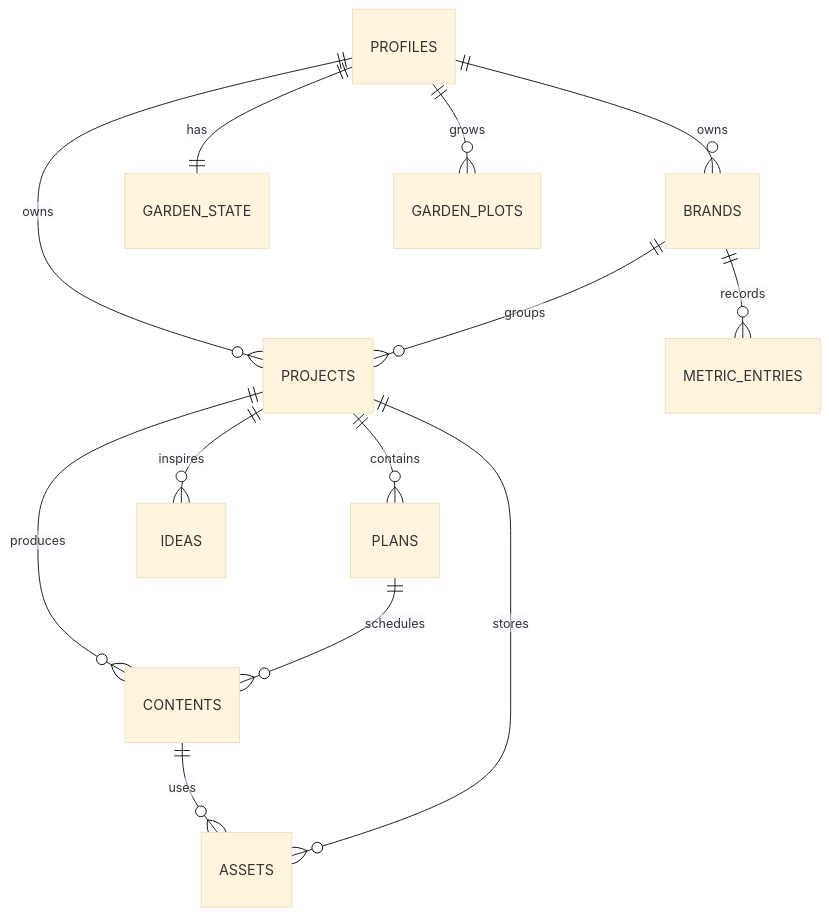
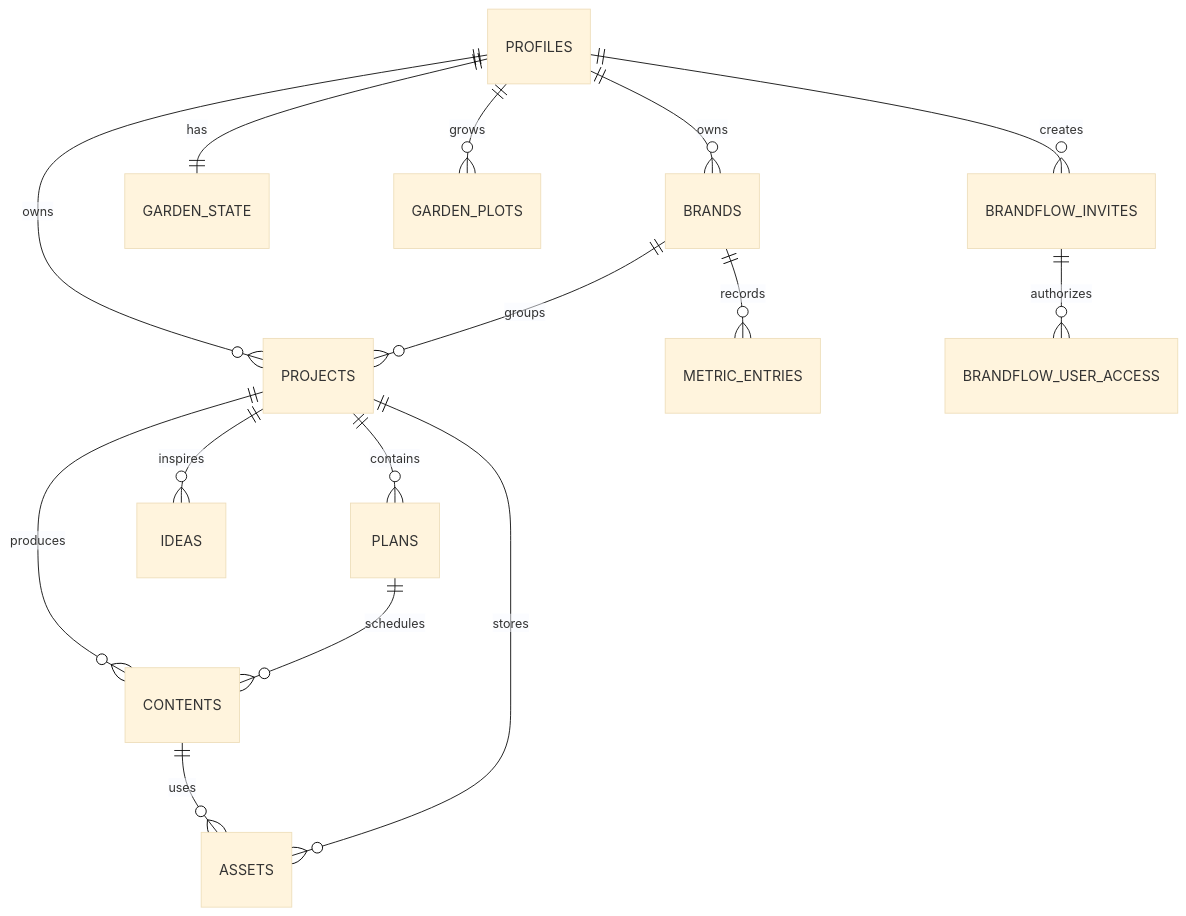
The diagram in docs/18-Supabase数据库设计.md (ruolinilove/brandflow-os), drawn with Mermaid (base theme) before and after one commit. The commit also changed other lines of this file and 5 other files, not shown here.

````diff
--- a/docs/18-Supabase数据库设计.md
+++ b/docs/18-Supabase数据库设计.md
@@ -18,15 +20,17 @@
 ```mermaid
 erDiagram
   PROFILES ||--o{ BRANDS : owns
   PROFILES ||--o{ PROJECTS : owns
   BRANDS ||--o{ METRIC_ENTRIES : records
   BRANDS ||--o{ PROJECTS : groups
   PROJECTS ||--o{ PLANS : contains
   PROJECTS ||--o{ CONTENTS : produces
   PLANS ||--o{ CONTENTS : schedules
   CONTENTS ||--o{ ASSETS : uses
   PROJECTS ||--o{ ASSETS : stores
   PROJECTS ||--o{ IDEAS : inspires
   PROFILES ||--|| GARDEN_STATE : has
   PROFILES ||--o{ GARDEN_PLOTS : grows
+  PROFILES ||--o{ BRANDFLOW_INVITES : creates
+  BRANDFLOW_INVITES ||--o{ BRANDFLOW_USER_ACCESS : authorizes
 ```
````
